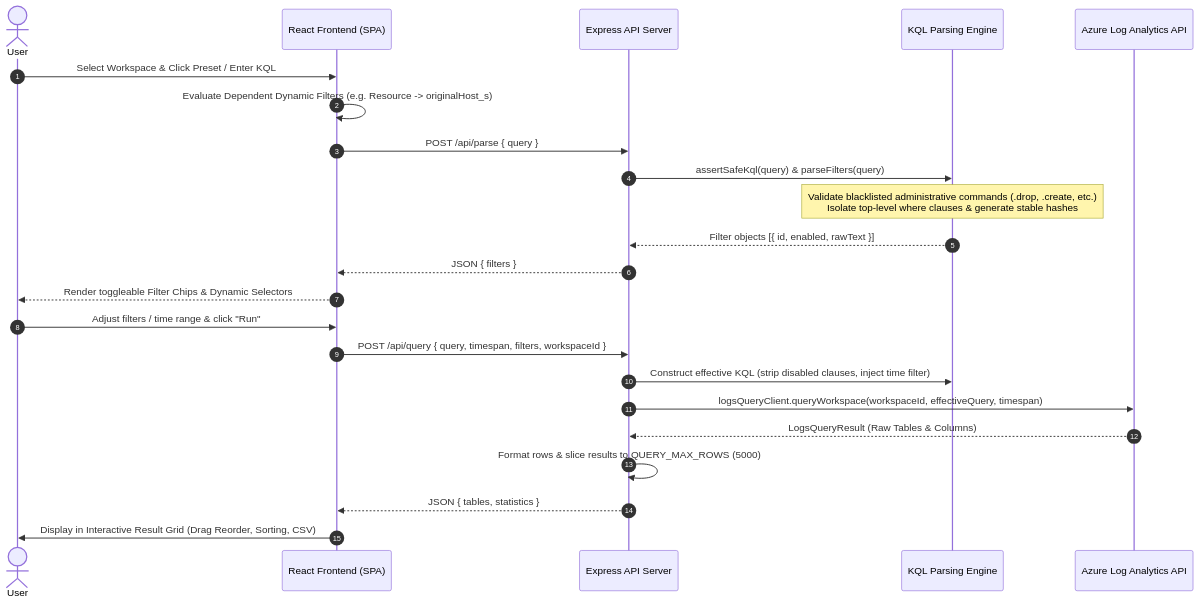
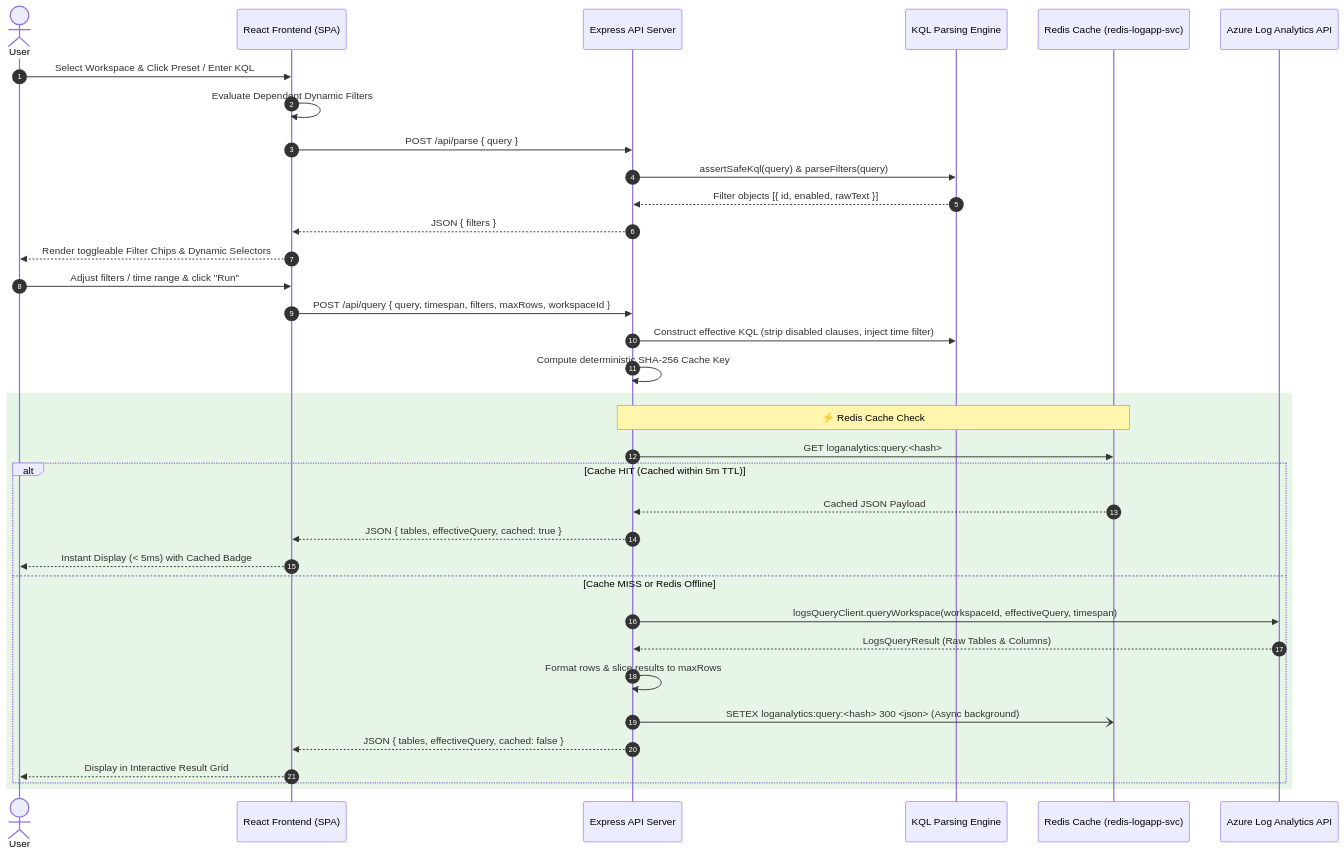
One commit to diny1729/LogAnalytics changed the third of 5 diagrams in Architecture.md. Above: the diagram before and after it, drawn with Mermaid. The commit also changed other lines of this file and 51 other files, not shown here.

Commit message:
feat(architecture): modularize client components, add ui-ux-pro-max skill, redis caching layer, and client/server architecture documentation

````diff
--- a/Architecture.md
+++ b/Architecture.md
@@ -89,27 +99,40 @@
 ```mermaid
 sequenceDiagram
     autonumber
     actor User
     participant UI as React Frontend (SPA)
     participant API as Express API Server
     participant KQL as KQL Parsing Engine
+    participant Redis as Redis Cache (redis-logapp-svc)
     participant Azure as Azure Log Analytics API
 
     User->>UI: Select Workspace & Click Preset / Enter KQL
-    UI->>UI: Evaluate Dependent Dynamic Filters (e.g. Resource -> originalHost_s)
+    UI->>UI: Evaluate Dependent Dynamic Filters
     UI->>API: POST /api/parse { query }
     API->>KQL: assertSafeKql(query) & parseFilters(query)
-    Note over KQL: Validate blacklisted administrative commands (.drop, .create, etc.)<br/>Isolate top-level where clauses & generate stable hashes
     KQL-->>API: Filter objects [{ id, enabled, rawText }]
     API-->>UI: JSON { filters }
     UI-->>User: Render toggleable Filter Chips & Dynamic Selectors
 
     User->>UI: Adjust filters / time range & click "Run"
-    UI->>API: POST /api/query { query, timespan, filters, workspaceId }
+    UI->>API: POST /api/query { query, timespan, filters, maxRows, workspaceId }
     API->>KQL: Construct effective KQL (strip disabled clauses, inject time filter)
-    API->>Azure: logsQueryClient.queryWorkspace(workspaceId, effectiveQuery, timespan)
-    Azure-->>API: LogsQueryResult (Raw Tables & Columns)
-    API->>API: Format rows & slice results to QUERY_MAX_ROWS (5000)
-    API-->>UI: JSON { tables, statistics }
-    UI->>User: Display in Interactive Result Grid (Drag Reorder, Sorting, CSV)
+    API->>API: Compute deterministic SHA-256 Cache Key
+
+    rect rgb(230, 245, 230)
+        Note over API,Redis: ⚡ Redis Cache Check
+        API->>Redis: GET loganalytics:query:<hash>
+        alt Cache HIT (Cached within 5m TTL)
+            Redis-->>API: Cached JSON Payload
+            API-->>UI: JSON { tables, effectiveQuery, cached: true }
+            UI-->>User: Instant Display (< 5ms) with Cached Badge
+        else Cache MISS or Redis Offline
+            API->>Azure: logsQueryClient.queryWorkspace(workspaceId, effectiveQuery, timespan)
+            Azure-->>API: LogsQueryResult (Raw Tables & Columns)
+            API->>API: Format rows & slice results to maxRows
+            API-)Redis: SETEX loganalytics:query:<hash> 300 <json> (Async background)
+            API-->>UI: JSON { tables, effectiveQuery, cached: false }
+            UI-->>User: Display in Interactive Result Grid
+        end
+    end
 ```
````
